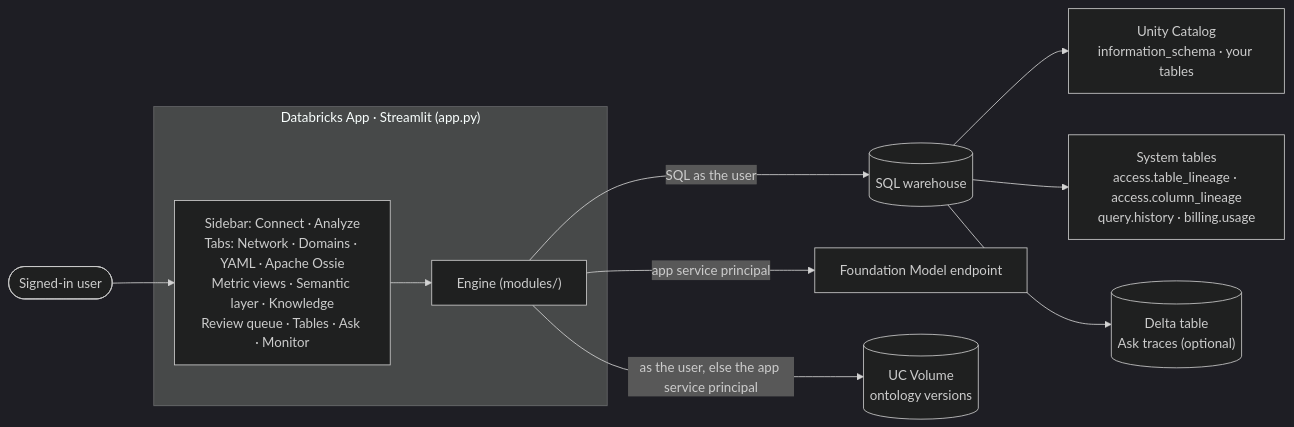
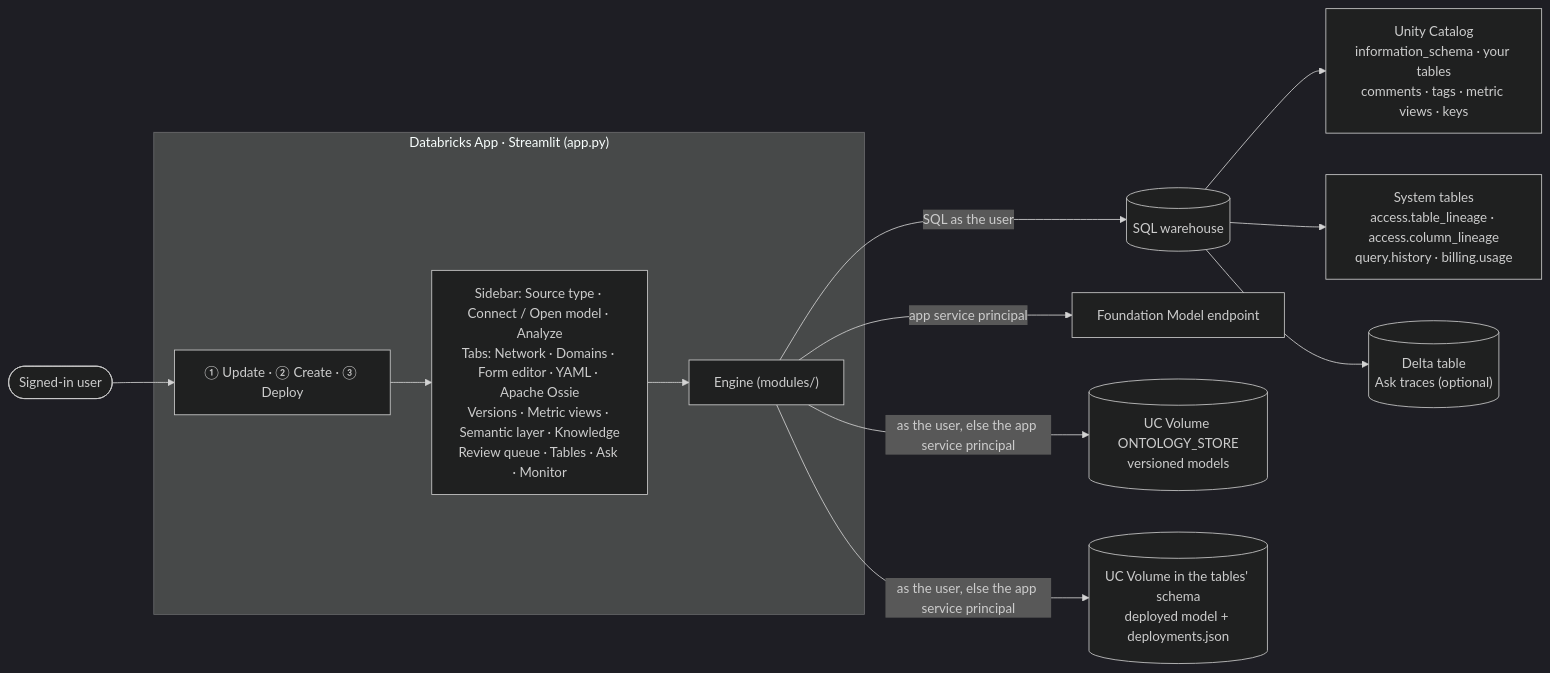
One commit to DevDataAnalyst/OntologyStudio changed the diagram in README.md. Above: the diagram before and after it, drawn with Mermaid (dark theme). The commit also changed other lines of this file and 1 other file, not shown here.

First line of the commit message:
README: full rewrite covering the lifecycle sections, deploy, Free Edition and troubleshooting

````diff
--- a/README.md
+++ b/README.md
@@ -370,16 +500,18 @@
 ```mermaid
 flowchart LR
     U(["Signed-in user"])
     subgraph APP["Databricks App · Streamlit (app.py)"]
-        UI["Sidebar: Connect · Analyze<br/>Tabs: Network · Domains · YAML · Apache Ossie<br/>Metric views · Semantic layer · Knowledge<br/>Review queue · Tables · Ask · Monitor"]
+        SEC["① Update · ② Create · ③ Deploy"]
+        UI["Sidebar: Source type · Connect / Open model · Analyze<br/>Tabs: Network · Domains · Form editor · YAML · Apache Ossie<br/>Versions · Metric views · Semantic layer · Knowledge<br/>Review queue · Tables · Ask · Monitor"]
         ENG["Engine (modules/)"]
-        UI --> ENG
+        SEC --> UI --> ENG
     end
-    U --> UI
+    U --> SEC
     ENG -- "SQL as the user" --> WH[("SQL warehouse")]
-    WH --> UCT["Unity Catalog<br/>information_schema · your tables"]
+    WH --> UCT["Unity Catalog<br/>information_schema · your tables<br/>comments · tags · metric views · keys"]
     WH --> SYS["System tables<br/>access.table_lineage · access.column_lineage<br/>query.history · billing.usage"]
     WH --> TEL[("Delta table<br/>Ask traces (optional)")]
     ENG -- "app service principal" --> FM["Foundation Model endpoint"]
-    ENG -- "as the user, else the app service principal" --> VOL[("UC Volume<br/>ontology versions")]
+    ENG -- "as the user, else the app service principal" --> VOL[("UC Volume ONTOLOGY_STORE<br/>versioned models")]
+    ENG -- "as the user, else the app service principal" --> DVOL[("UC Volume in the tables' schema<br/>deployed model + deployments.json")]
 ```
````
